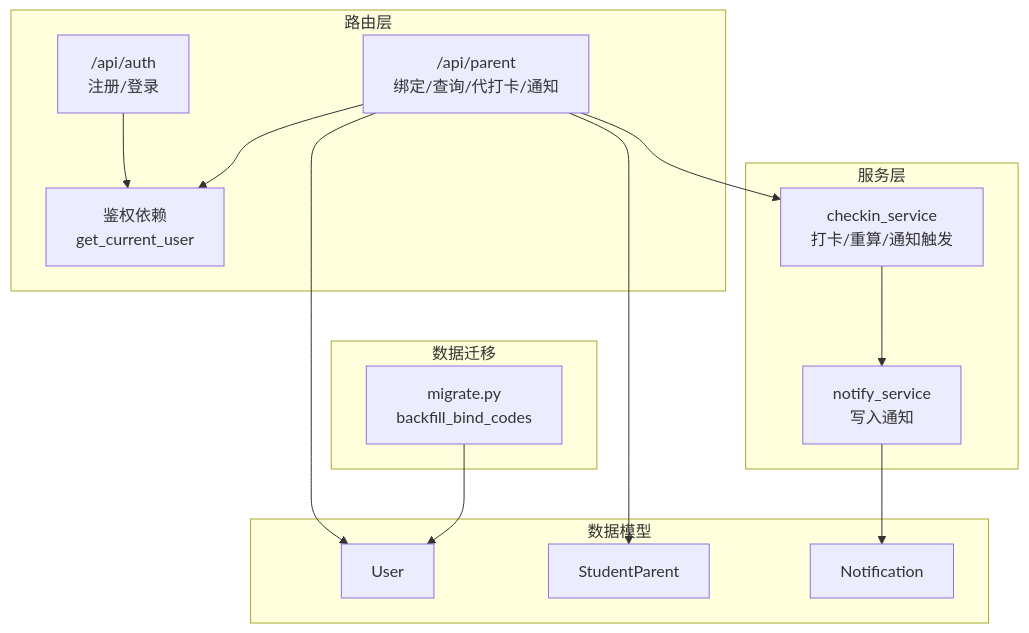
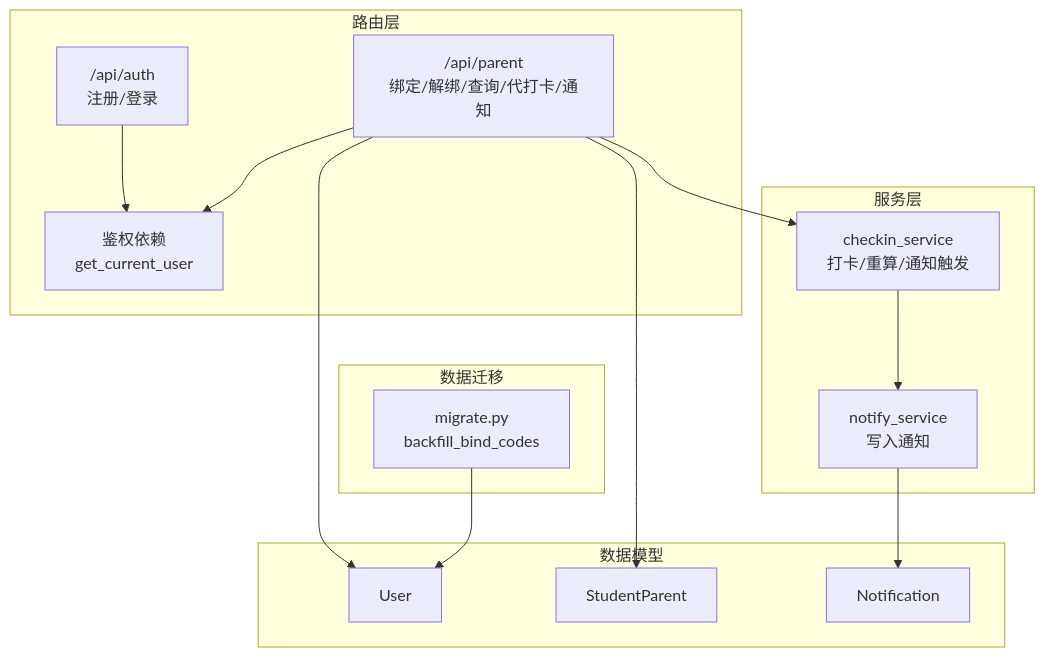
Before and after one commit to onebody/homework: the first of 6 diagrams in .qoder/repowiki/zh/content/API接口文档/家长绑定接口.md, drawn with Mermaid. The commit also changed other lines of this file and 10 other files, not shown here.

````diff
--- a/.qoder/repowiki/zh/content/API接口文档/家长绑定接口.md
+++ b/.qoder/repowiki/zh/content/API接口文档/家长绑定接口.md
@@ -70,25 +71,25 @@
 ```mermaid
 graph TB
 subgraph "路由层"
 A["/api/auth<br/>注册/登录"] --> D["鉴权依赖<br/>get_current_user"]
-B["/api/parent<br/>绑定/查询/代打卡/通知"] --> D
+B["/api/parent<br/>绑定/解绑/查询/代打卡/通知"] --> D
 end
 subgraph "服务层"
 C1["checkin_service<br/>打卡/重算/通知触发"]
 C2["notify_service<br/>写入通知"]
 end
 subgraph "数据模型"
 M1["User"]
 M2["StudentParent"]
 M3["Notification"]
 end
 subgraph "数据迁移"
 N1["migrate.py<br/>backfill_bind_codes"]
 end
 B --> C1
 C1 --> C2
 B --> M2
 B --> M1
 C2 --> M3
 N1 --> M1
 ```
````
